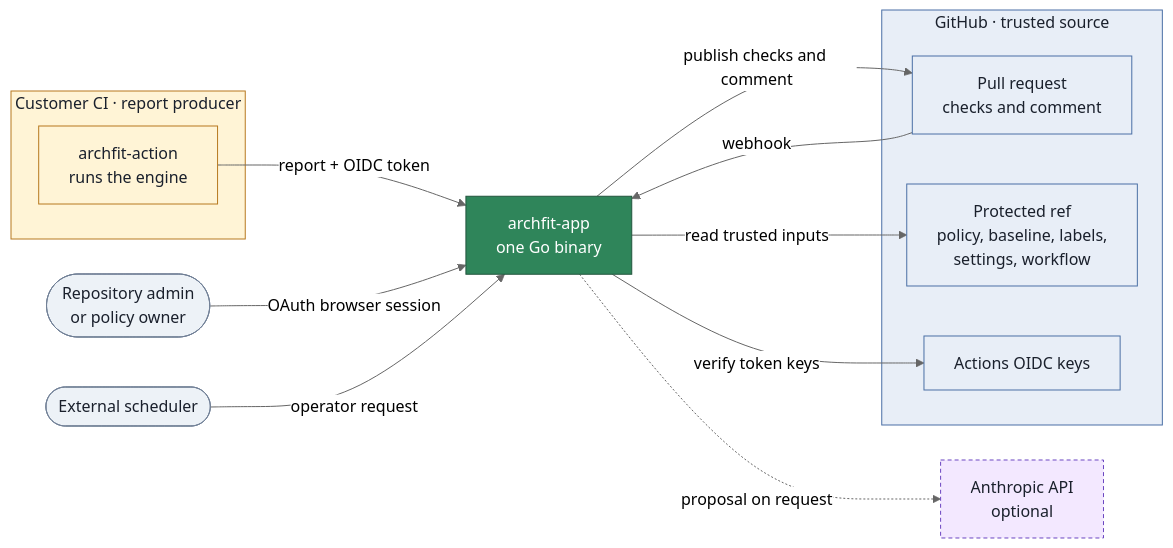
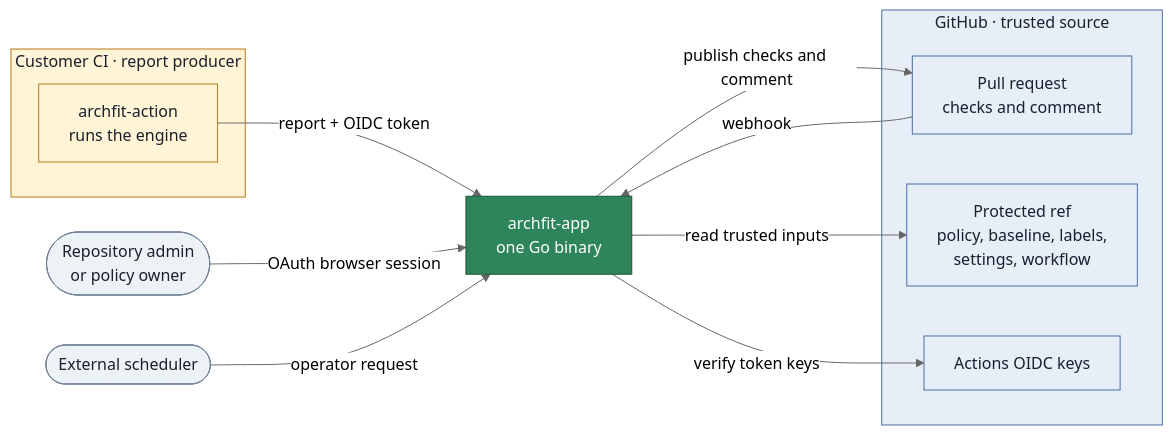
Before and after one commit to coupling-dev/archfit-app: the first of 5 diagrams in docs/architecture.md, drawn with Mermaid (neutral theme). The commit also changed other lines of this file and 16 other files, not shown here.

````diff
--- a/docs/architecture.md
+++ b/docs/architecture.md
@@ -35,42 +35,38 @@
 ```mermaid
 flowchart LR
     USER(["Repository admin<br/>or policy owner"])
     SCHED(["External scheduler"])
 
     subgraph CI["Customer CI · report producer"]
         ACT["archfit-action<br/>runs the engine"]
     end
 
     subgraph GH["GitHub · trusted source"]
         PR["Pull request<br/>checks and comment"]
         REF["Protected ref<br/>policy, baseline, labels,<br/>settings, workflow"]
         OIDC["Actions OIDC keys"]
     end
 
     APP["archfit-app<br/>one Go binary"]
-    LLM["Anthropic API<br/>optional"]
 
     ACT -->|"report + OIDC token"| APP
     PR -->|"webhook"| APP
     APP -->|"read trusted inputs"| REF
     APP -->|"verify token keys"| OIDC
     APP -->|"publish checks and comment"| PR
     USER -->|"OAuth browser session"| APP
     SCHED -->|"operator request"| APP
-    APP -.->|"proposal on request"| LLM
 
     classDef core fill:#2f855a,stroke:#22543d,color:#ffffff
     classDef control fill:#e8eef7,stroke:#4a6fa5,color:#1a202c
     classDef nottrusted fill:#fff4d6,stroke:#b7791f,color:#1a202c
-    classDef optional fill:#f3e8ff,stroke:#6b46c1,color:#1a202c,stroke-dasharray:4 3
     classDef neutral fill:#edf2f7,stroke:#718096,color:#1a202c
 
     class APP core
     class PR,REF,OIDC control
     class ACT nottrusted
-    class LLM optional
     class USER,SCHED neutral
 
     style CI fill:#fff4d6,stroke:#b7791f,color:#1a202c
     style GH fill:#e8eef7,stroke:#4a6fa5,color:#1a202c
 ```
````
